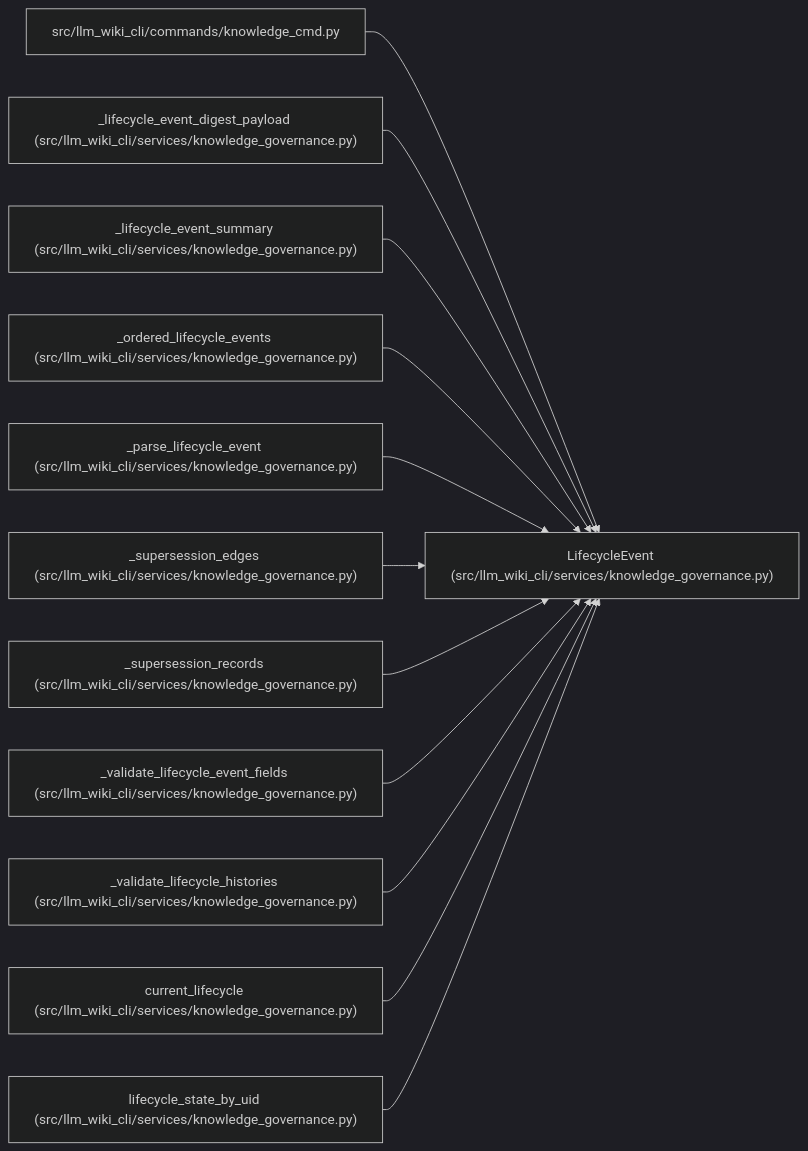
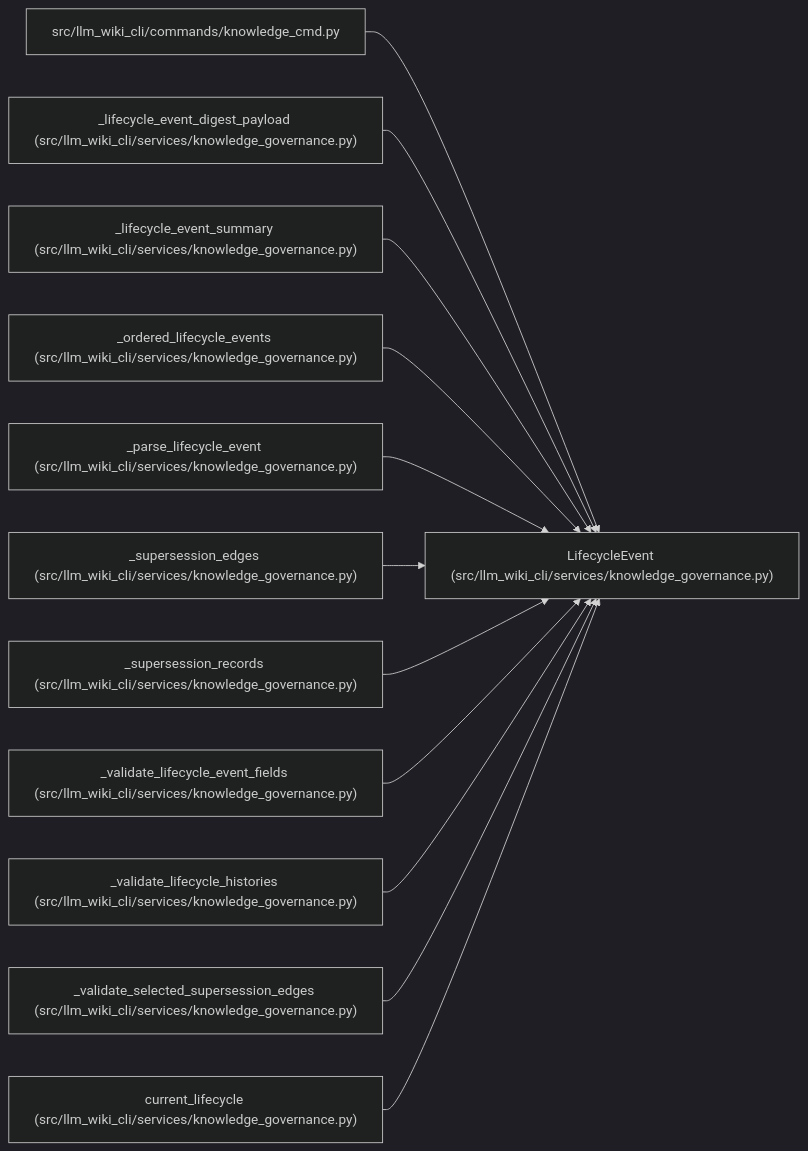
The diagram in docs/llm_wiki/entities/LifecycleEvent.md (Denissvgn/python-wiki-llm), drawn with Mermaid (dark theme) before and after one commit. The commit also changed other lines of this file and 224 other files, not shown here.

Commit message:
docs: refresh wiki for scoped UID graph validation

````diff
--- a/docs/llm_wiki/entities/LifecycleEvent.md
+++ b/docs/llm_wiki/entities/LifecycleEvent.md
@@ -37,38 +37,38 @@
 ```mermaid
 flowchart LR
     n0["LifecycleEvent (src/llm_wiki_cli/services/knowledge_governance.py)"]
     n1["src/llm_wiki_cli/commands/knowledge_cmd.py"]
     n2["_lifecycle_event_digest_payload (src/llm_wiki_cli/services/knowledge_governance.py)"]
     n3["_lifecycle_event_summary (src/llm_wiki_cli/services/knowledge_governance.py)"]
     n4["_ordered_lifecycle_events (src/llm_wiki_cli/services/knowledge_governance.py)"]
     n5["_parse_lifecycle_event (src/llm_wiki_cli/services/knowledge_governance.py)"]
     n6["_supersession_edges (src/llm_wiki_cli/services/knowledge_governance.py)"]
     n7["_supersession_records (src/llm_wiki_cli/services/knowledge_governance.py)"]
     n8["_validate_lifecycle_event_fields (src/llm_wiki_cli/services/knowledge_governance.py)"]
     n9["_validate_lifecycle_histories (src/llm_wiki_cli/services/knowledge_governance.py)"]
-    n10["current_lifecycle (src/llm_wiki_cli/services/knowledge_governance.py)"]
-    n11["lifecycle_state_by_uid (src/llm_wiki_cli/services/knowledge_governance.py)"]
+    n10["_validate_selected_supersession_edges (src/llm_wiki_cli/services/knowledge_governance.py)"]
+    n11["current_lifecycle (src/llm_wiki_cli/services/knowledge_governance.py)"]
     n1 --> n0
     n2 --> n0
     n3 --> n0
     n4 --> n0
     n5 --> n0
     n6 --> n0
     n7 --> n0
     n8 --> n0
     n9 --> n0
     n10 --> n0
     n11 --> n0
     click n0 "../modules/knowledge_governance.md"
     click n1 "../modules/knowledge_cmd.md"
     click n2 "../modules/knowledge_governance.md"
     click n3 "../modules/knowledge_governance.md"
     click n4 "../modules/knowledge_governance.md"
     click n5 "../modules/knowledge_governance.md"
     click n6 "../modules/knowledge_governance.md"
     click n7 "../modules/knowledge_governance.md"
     click n8 "../modules/knowledge_governance.md"
     click n9 "../modules/knowledge_governance.md"
     click n10 "../modules/knowledge_governance.md"
     click n11 "../modules/knowledge_governance.md"
 ```
````
